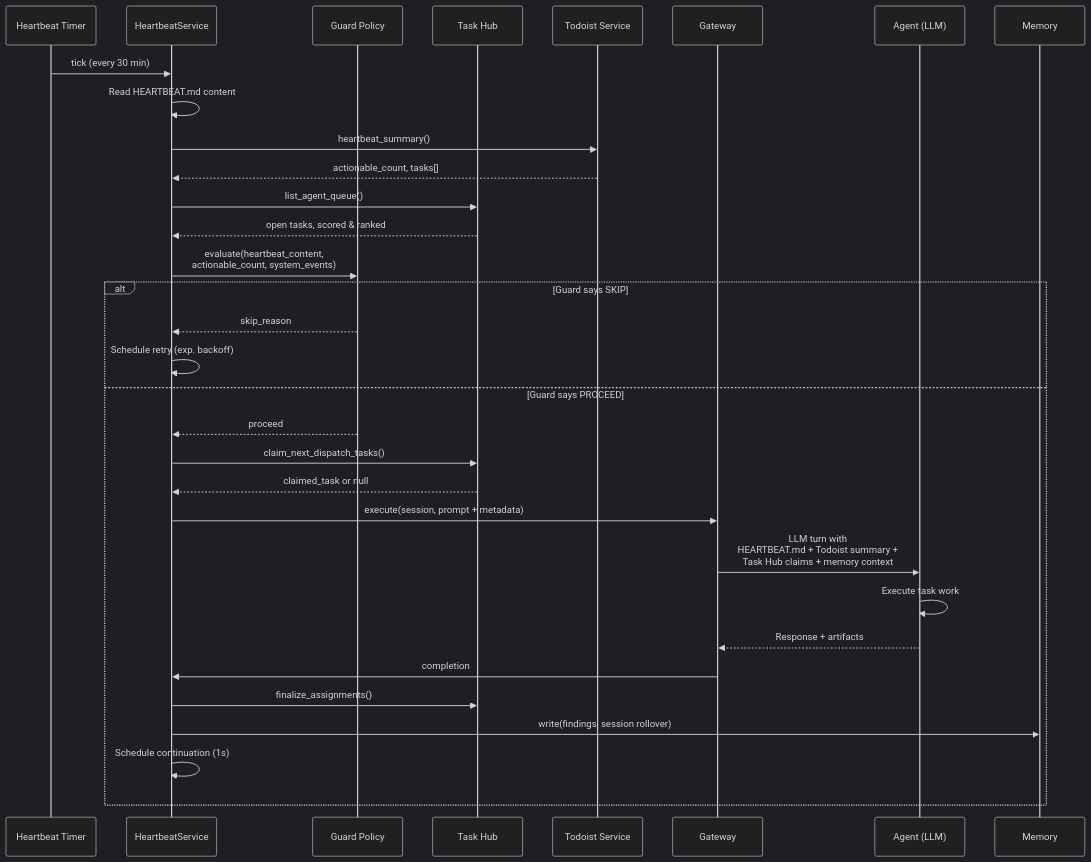
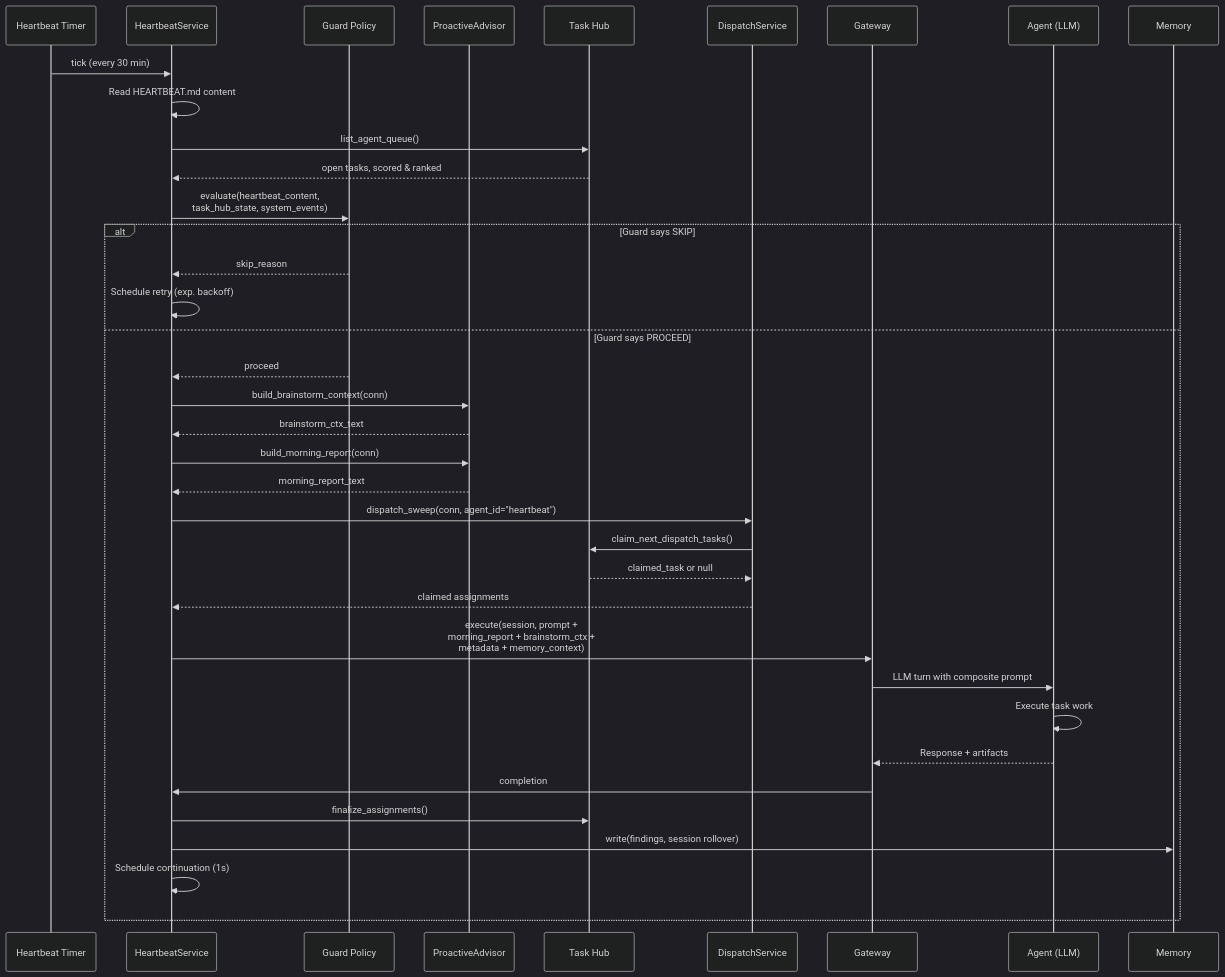
Before and after one commit to Kjdragan/universal_agent: the second of 11 diagrams in docs/02_Subsystems/Proactive_Pipeline.md, drawn with Mermaid (dark theme). The commit also changed other lines of this file and 27 other files, not shown here.

````diff
--- a/docs/02_Subsystems/Proactive_Pipeline.md
+++ b/docs/02_Subsystems/Proactive_Pipeline.md
@@ -66,43 +103,49 @@
 ```mermaid
 sequenceDiagram
     participant Timer as Heartbeat Timer
     participant HBS as HeartbeatService
     participant Guard as Guard Policy
+    participant PA as ProactiveAdvisor
     participant THub as Task Hub
-    participant Todo as Todoist Service
+    participant DS as DispatchService
     participant GW as Gateway
     participant Agent as Agent (LLM)
     participant Mem as Memory
 
     Timer->>HBS: tick (every 30 min)
     HBS->>HBS: Read HEARTBEAT.md content
 
-    HBS->>Todo: heartbeat_summary()
-    Todo-->>HBS: actionable_count, tasks[]
-
     HBS->>THub: list_agent_queue()
     THub-->>HBS: open tasks, scored & ranked
 
-    HBS->>Guard: evaluate(heartbeat_content,<br/>actionable_count, system_events)
+    HBS->>Guard: evaluate(heartbeat_content,<br/>task_hub_state, system_events)
 
     alt Guard says SKIP
         Guard-->>HBS: skip_reason
         HBS->>HBS: Schedule retry (exp. backoff)
     else Guard says PROCEED
         Guard-->>HBS: proceed
 
-        HBS->>THub: claim_next_dispatch_tasks()
-        THub-->>HBS: claimed_task or null
+        HBS->>PA: build_brainstorm_context(conn)
+        PA-->>HBS: brainstorm_ctx_text
 
-        HBS->>GW: execute(session, prompt + metadata)
-        GW->>Agent: LLM turn with<br/>HEARTBEAT.md + Todoist summary +<br/>Task Hub claims + memory context
+        HBS->>PA: build_morning_report(conn)
+        PA-->>HBS: morning_report_text
+
+        HBS->>DS: dispatch_sweep(conn, agent_id="heartbeat")
+        DS->>THub: claim_next_dispatch_tasks()
+        THub-->>DS: claimed_task or null
+        DS-->>HBS: claimed assignments
+
+        HBS->>GW: execute(session, prompt +<br/>morning_report + brainstorm_ctx +<br/>metadata + memory_context)
+        GW->>Agent: LLM turn with composite prompt
         Agent->>Agent: Execute task work
         Agent-->>GW: Response + artifacts
 
         GW->>HBS: completion
 
         HBS->>THub: finalize_assignments()
         HBS->>Mem: write(findings, session rollover)
         HBS->>HBS: Schedule continuation (1s)
     end
 ```
````
